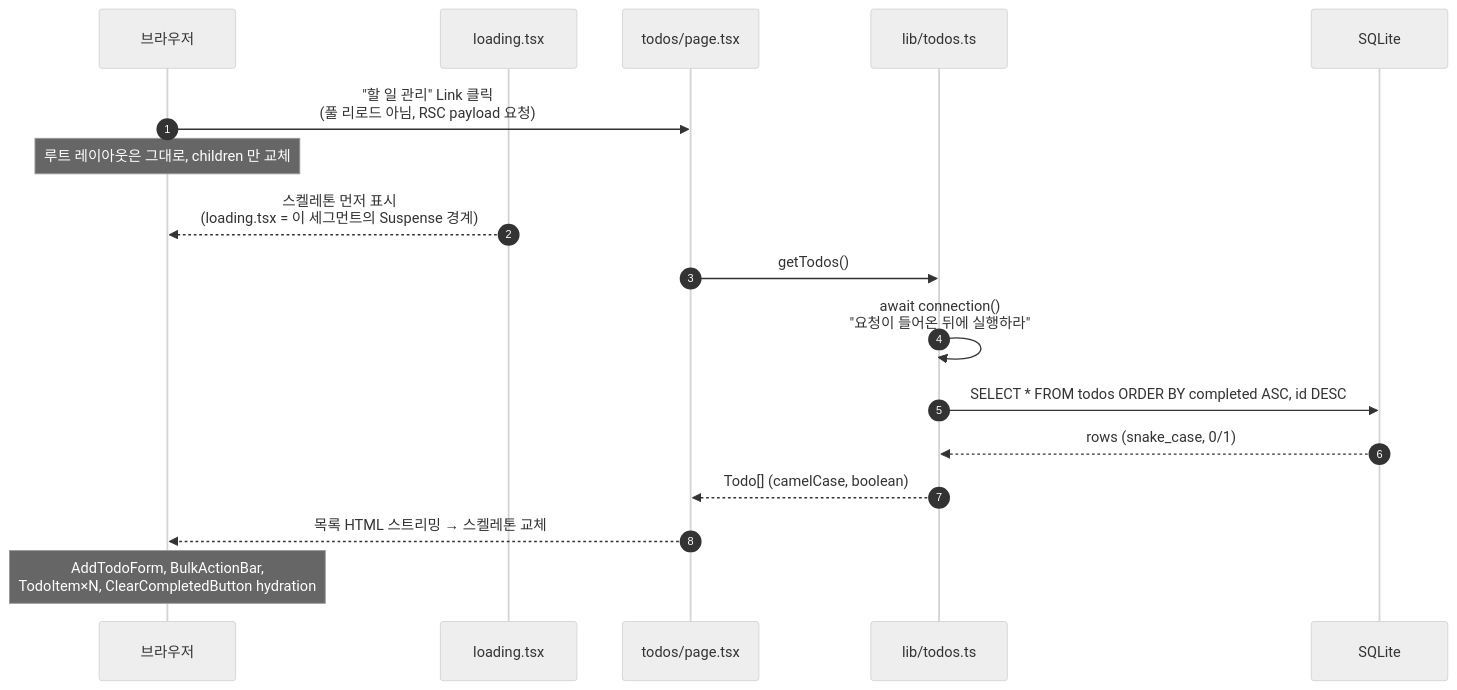
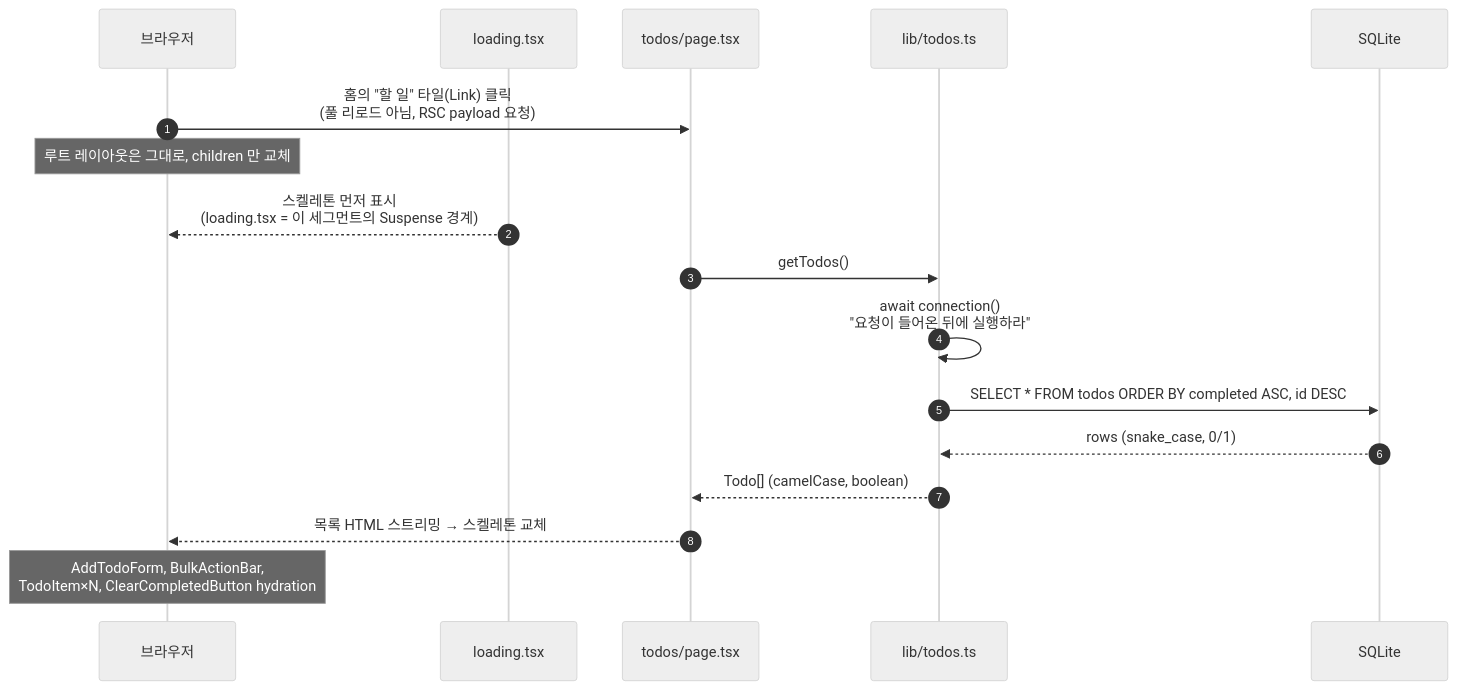
The fourth of 39 diagrams in docs/CODE_WALKTHROUGH.md (kspark-sqisoft/next-js-study-app), drawn with Mermaid (neutral theme) before and after one commit. The commit also changed other lines of this file and 11 other files, not shown here.

````diff
--- a/docs/CODE_WALKTHROUGH.md
+++ b/docs/CODE_WALKTHROUGH.md
@@ -278,20 +281,20 @@
 ```mermaid
 sequenceDiagram
   autonumber
   participant B as 브라우저
   participant Ld as loading.tsx
   participant Pg as todos/page.tsx
   participant T as lib/todos.ts
   participant DB as SQLite
 
-  B->>Pg: "할 일 관리" Link 클릭<br/>(풀 리로드 아님, RSC payload 요청)
+  B->>Pg: 홈의 "할 일" 타일(Link) 클릭<br/>(풀 리로드 아님, RSC payload 요청)
   Note over B: 루트 레이아웃은 그대로, children 만 교체
   Ld-->>B: 스켈레톤 먼저 표시<br/>(loading.tsx = 이 세그먼트의 Suspense 경계)
   Pg->>T: getTodos()
   T->>T: await connection()<br/>"요청이 들어온 뒤에 실행하라"
   T->>DB: SELECT * FROM todos ORDER BY completed ASC, id DESC
   DB-->>T: rows (snake_case, 0/1)
   T-->>Pg: Todo[] (camelCase, boolean)
   Pg-->>B: 목록 HTML 스트리밍 → 스켈레톤 교체
   Note over B: AddTodoForm, BulkActionBar,<br/>TodoItem×N, ClearCompletedButton hydration
 ```
````
